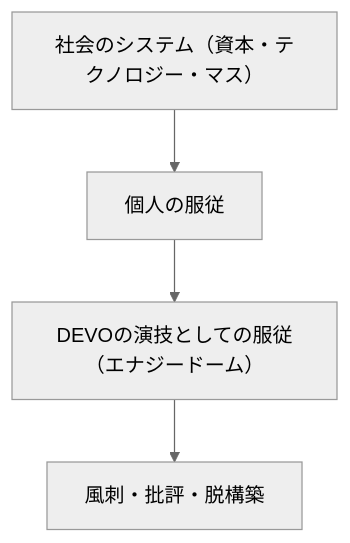
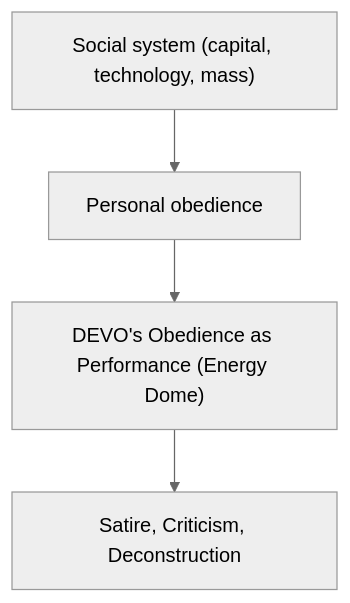
The first of 2 diagrams in en/_posts/2025-10-28-column-devo-energy-dome.md (monumental-movement/monumental-movement.github.io), drawn with Mermaid (neutral theme) before and after one commit. The commit also changed 152 other files, not shown here.

```diff
--- a/en/_posts/2025-10-28-column-devo-energy-dome.md
+++ b/en/_posts/2025-10-28-column-devo-energy-dome.md
@@ -116,12 +116,12 @@
 <div class="mermaid">
 
 graph TD
-  A["社会のシステム（資本・テクノロジー・マス）"]
-  B["個人の服従"]
-  C["DEVOの演技としての服従（エナジードーム）"]
-  D["風刺・批評・脱構築"]
+  A["Social system (capital, technology, mass)"]
+  B["Personal obedience"]
+  C["DEVO's Obedience as Performance (Energy Dome)"]
+  D["Satire, Criticism, Deconstruction"]
   A --> B
   B --> C
   C --> D
 
 </div>
```
